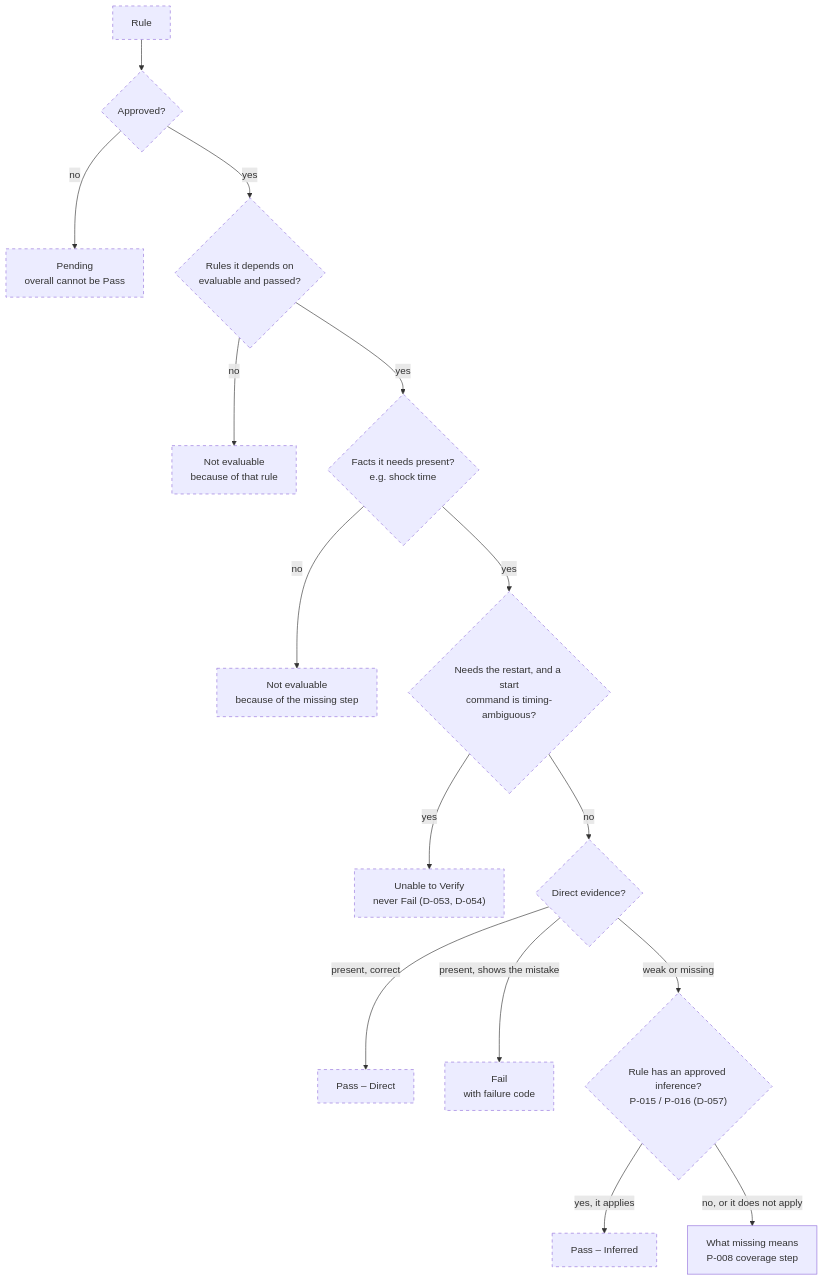
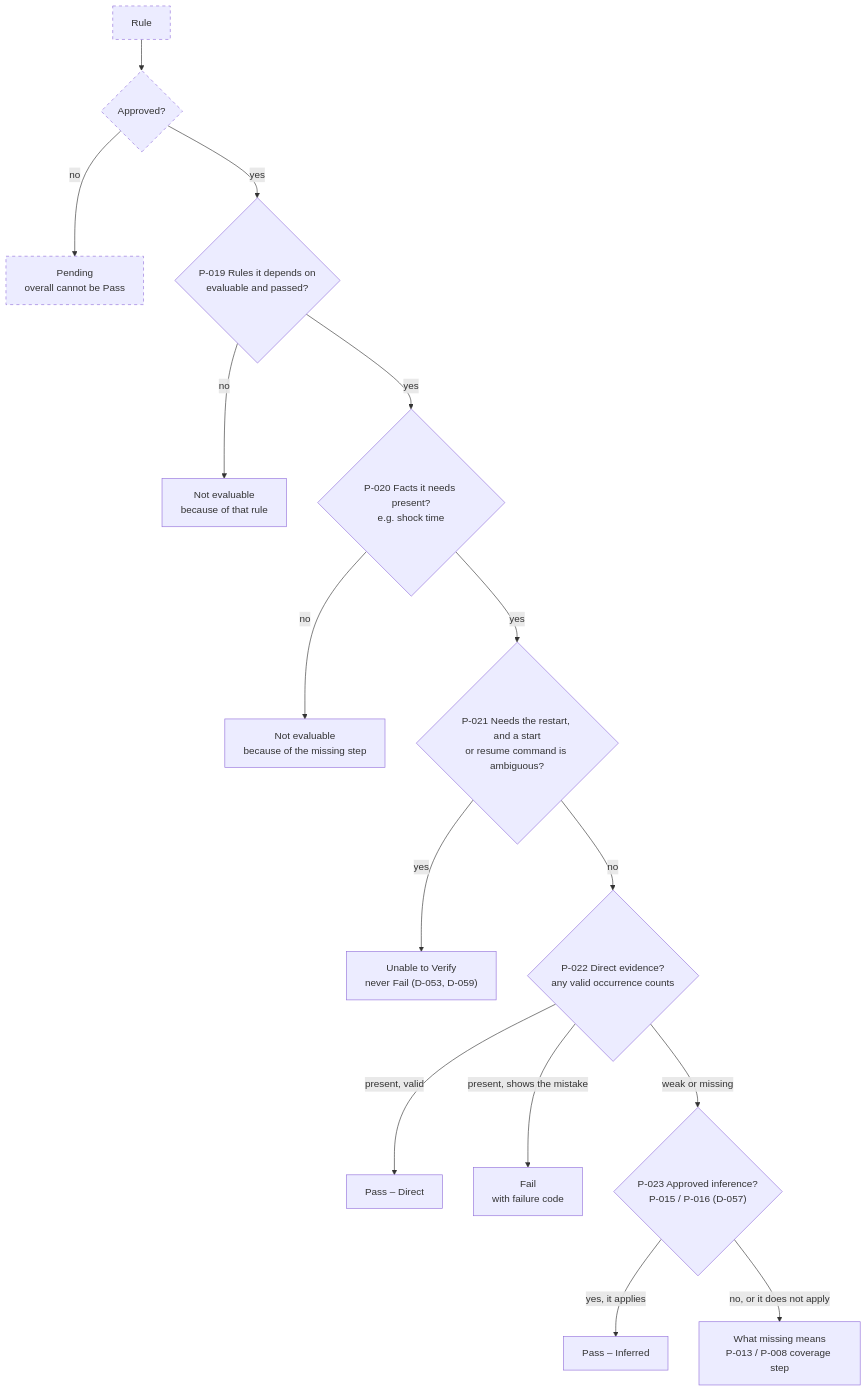
The third of 8 diagrams in docs/rule_engine/diagrams.md (ananthu65/defibrillator_research), drawn with Mermaid before and after one commit. The commit also changed other lines of this file and 14 other files, not shown here.

First line of the commit message:
feat(rules): add RuleOutcome and shared checks (Increment 6)

````diff
--- a/docs/rule_engine/diagrams.md
+++ b/docs/rule_engine/diagrams.md
@@ -59,19 +63,19 @@
 ```mermaid
 flowchart TD
     S["Rule"] --> P1{"Approved?"}
     P1 -->|no| R0["Pending<br/>overall cannot be Pass"]
-    P1 -->|yes| P2{"Rules it depends on<br/>evaluable and passed?"}
+    P1 -->|yes| P2{"P-019 Rules it depends on<br/>evaluable and passed?"}
     P2 -->|no| R1["Not evaluable<br/>because of that rule"]
-    P2 -->|yes| P3{"Facts it needs present?<br/>e.g. shock time"}
+    P2 -->|yes| P3{"P-020 Facts it needs present?<br/>e.g. shock time"}
     P3 -->|no| R2["Not evaluable<br/>because of the missing step"]
-    P3 -->|yes| PA{"Needs the restart, and a start<br/>command is timing-ambiguous?"}
-    PA -->|yes| RA["Unable to Verify<br/>never Fail (D-053, D-054)"]
-    PA -->|no| P4{"Direct evidence?"}
-    P4 -->|present, correct| R3["Pass – Direct"]
+    P3 -->|yes| PA{"P-021 Needs the restart, and a start<br/>or resume command is ambiguous?"}
+    PA -->|yes| RA["Unable to Verify<br/>never Fail (D-053, D-059)"]
+    PA -->|no| P4{"P-022 Direct evidence?<br/>any valid occurrence counts"}
+    P4 -->|present, valid| R3["Pass – Direct"]
     P4 -->|present, shows the mistake| R4["Fail<br/>with failure code"]
-    P4 -->|weak or missing| P5{"Rule has an approved inference?<br/>P-015 / P-016 (D-057)"}
+    P4 -->|weak or missing| P5{"P-023 Approved inference?<br/>P-015 / P-016 (D-057)"}
     P5 -->|yes, it applies| R5["Pass – Inferred"]
-    P5 -->|no, or it does not apply| M["What missing means<br/>P-008 coverage step"]
+    P5 -->|no, or it does not apply| M["What missing means<br/>P-013 / P-008 coverage step"]
     classDef planned stroke-dasharray: 5 5
-    class S,P1,P2,P3,PA,RA,P4,P5,R0,R1,R2,R3,R4,R5 planned
+    class S,P1,R0 planned
 ```
````
